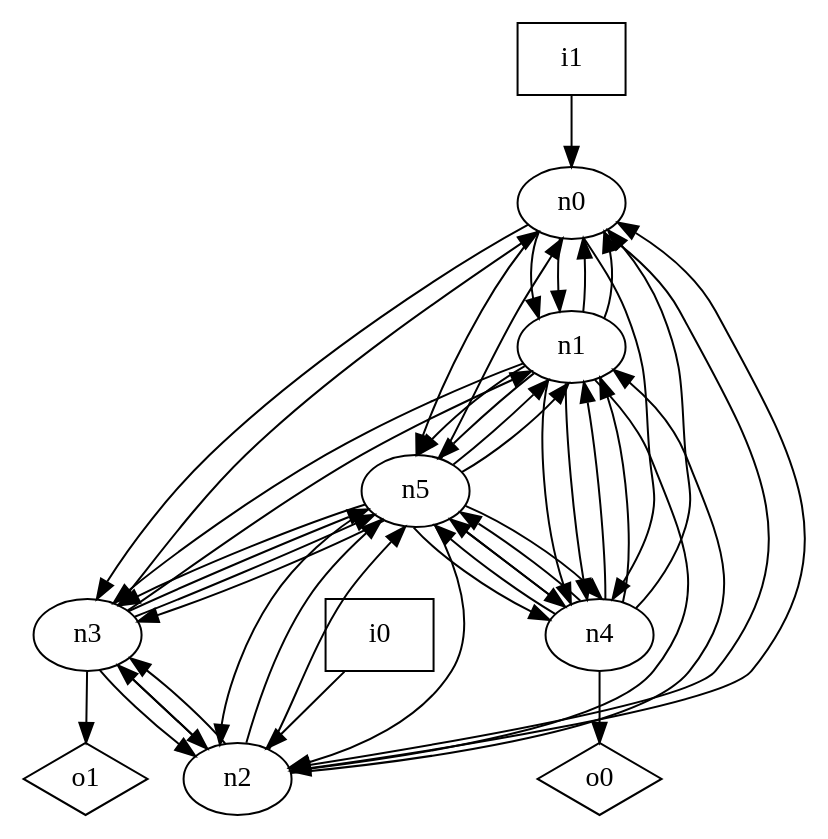
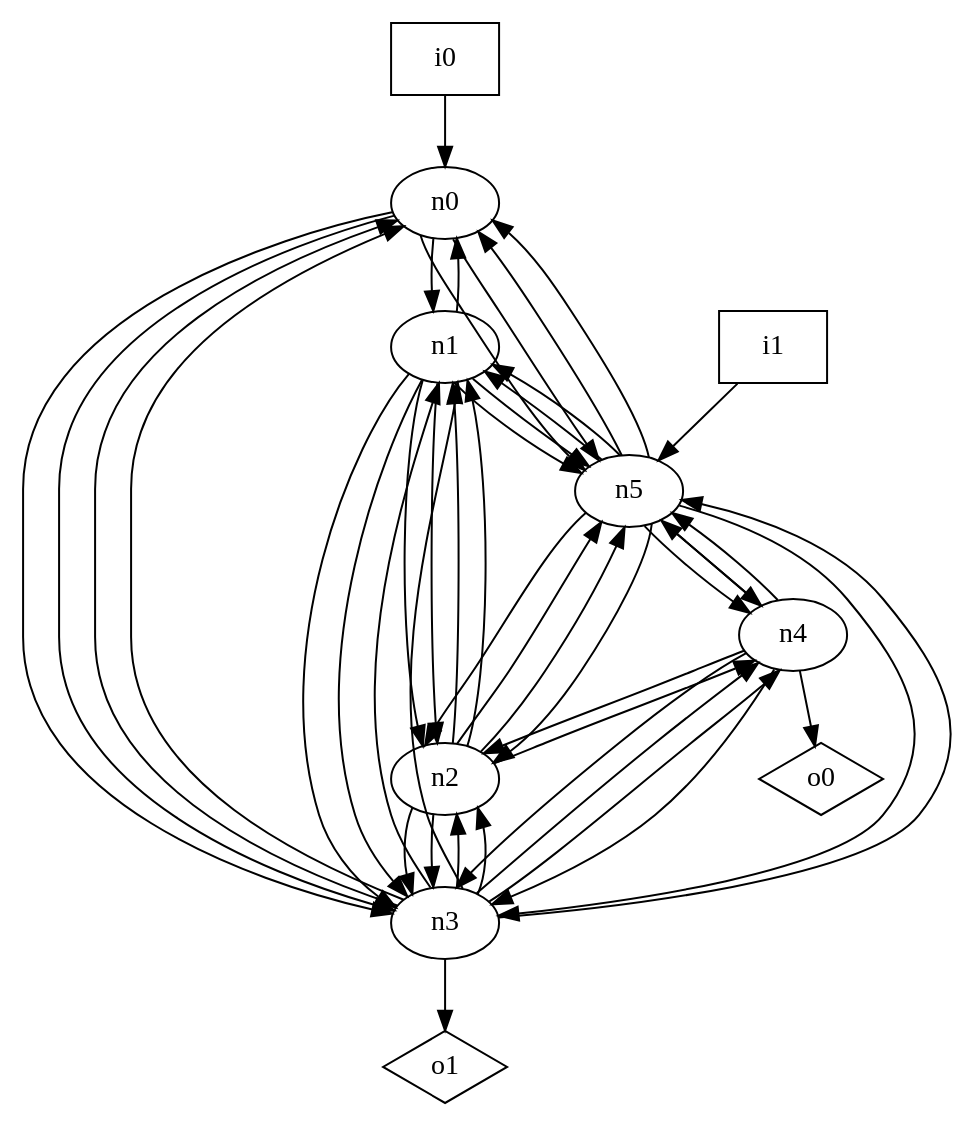
One commit to p9romain/bool-circuits changed the diagram in dot_files/random/random_undirected_loop_free_graph.dot. Above: the diagram before and after it, drawn with Graphviz. The commit also changed 25 other files, not shown here.

Commit message:
Finish (except random graph)

```diff
--- a/dot_files/random/random_undirected_loop_free_graph.dot
+++ b/dot_files/random/random_undirected_loop_free_graph.dot
@@ -1,58 +1,58 @@
 digraph G {
 n0 [label="n0"];
 n1 [label="n1"];
 n2 [label="n2"];
 n3 [label="n3"];
 n4 [label="n4"];
 n5 [label="n5"];
 n6 [label="i0",shape="box"];
 n7 [label="i1",shape="box"];
 n8 [label="o0",shape="diamond"];
 n9 [label="o1",shape="diamond"];
 n0 -> n1
-n0 -> n1
-n0 -> n2
 n0 -> n3
-n0 -> n4
+n0 -> n3
+n0 -> n5
 n0 -> n5
 n1 -> n0
-n1 -> n0
+n1 -> n2
 n1 -> n2
 n1 -> n3
-n1 -> n4
-n1 -> n4
+n1 -> n3
 n1 -> n5
 n1 -> n5
-n2 -> n0
+n2 -> n1
 n2 -> n1
 n2 -> n3
 n2 -> n3
+n2 -> n4
 n2 -> n5
 n2 -> n5
 n3 -> n0
+n3 -> n0
+n3 -> n1
 n3 -> n1
 n3 -> n2
 n3 -> n2
-n3 -> n5
+n3 -> n4
+n3 -> n4
 n3 -> n5
 n3 -> n9
-n4 -> n0
-n4 -> n1
-n4 -> n1
-n4 -> n5
+n4 -> n2
+n4 -> n3
+n4 -> n3
 n4 -> n5
 n4 -> n5
 n4 -> n8
+n5 -> n0
 n5 -> n0
 n5 -> n1
 n5 -> n1
 n5 -> n2
 n5 -> n2
 n5 -> n3
-n5 -> n3
 n5 -> n4
 n5 -> n4
-n5 -> n4
-n6 -> n2
-n7 -> n0
+n6 -> n0
+n7 -> n5
 }
```
